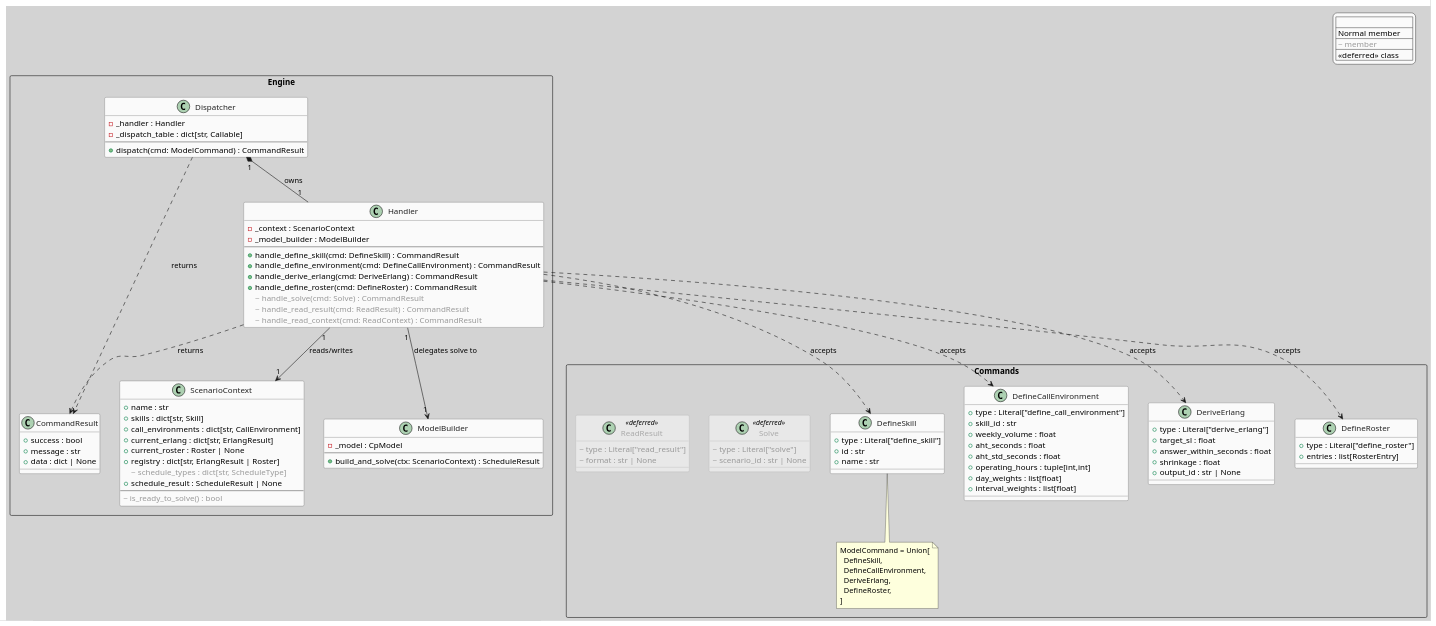
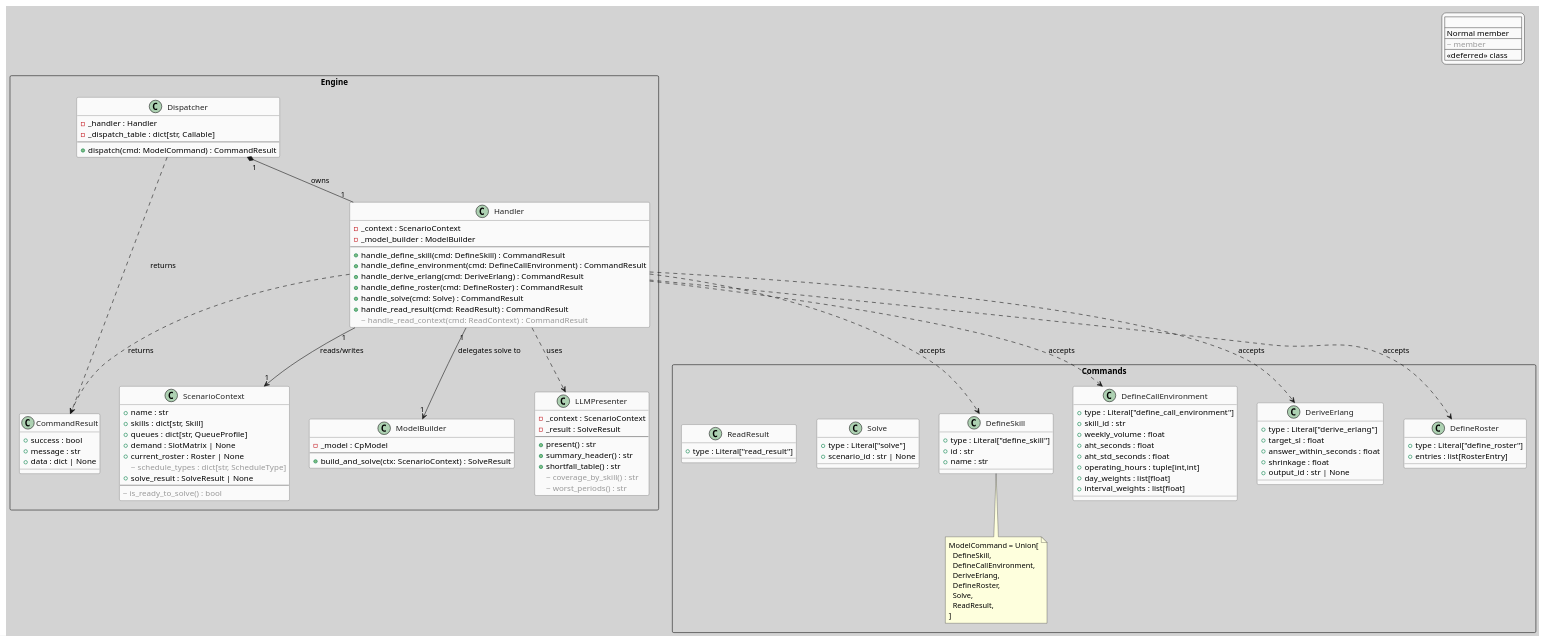
Before and after one commit to neon-tetra/schedule-architect: the diagram in docs/uml/engine_classes.puml, drawn with PlantUML. The commit also changed 3 other files, not shown here.

Commit message:
docs: align UML diagrams with new SolveResult domain model

```diff
--- a/docs/uml/engine_classes.puml
+++ b/docs/uml/engine_classes.puml
@@ -1,149 +1,161 @@
 @startuml engine_classes
 
 skinparam backgroundColor #D3D3D3
 skinparam defaultFontName Segoe UI
 
 skinparam class {
     BackgroundColor #FAFAFA
     BorderColor #555555
     FontColor #222222
     BackgroundColor<<deferred>> #E8E8E8
     BorderColor<<deferred>> #AAAAAA
     FontColor<<deferred>> #AAAAAA
     BorderStyle<<deferred>> dashed
 }
 
 skinparam legend {
     BackgroundColor #FAFAFA
     BorderColor #555555
 }
 
 legend top right
   <#FAFAFA,#555555>|                         |
   | Normal member      | Implemented          |
   | <color:#999999>~ member</color>  | Deferred / future    |
   | <<deferred>> class | Placeholder only     |
 endlegend
 
 ' ─────────────────────────────────────────
 ' PACKAGE: Commands
 ' ─────────────────────────────────────────
 package "Commands" <<Rectangle>> {
 
     class DefineSkill {
         + type : Literal["define_skill"]
         + id : str
         + name : str
     }
 
     class DefineCallEnvironment {
         + type : Literal["define_call_environment"]
         + skill_id : str
         + weekly_volume : float
         + aht_seconds : float
         + aht_std_seconds : float
         + operating_hours : tuple[int,int]
         + day_weights : list[float]
         + interval_weights : list[float]
     }
 
     class DeriveErlang {
         + type : Literal["derive_erlang"]
         + target_sl : float
         + answer_within_seconds : float
         + shrinkage : float
         + output_id : str | None
     }
 
     class DefineRoster {
         + type : Literal["define_roster"]
         + entries : list[RosterEntry]
     }
 
-    class Solve <<deferred>> {
-        <color:#999999>~ type : Literal["solve"]</color>
-        <color:#999999>~ scenario_id : str | None</color>
+    class Solve {
+        + type : Literal["solve"]
+        + scenario_id : str | None
     }
 
-    class ReadResult <<deferred>> {
-        <color:#999999>~ type : Literal["read_result"]</color>
-        <color:#999999>~ format : str | None</color>
+    class ReadResult {
+        + type : Literal["read_result"]
     }
 
     note bottom of DefineSkill
         ModelCommand = Union[
           DefineSkill,
           DefineCallEnvironment,
           DeriveErlang,
           DefineRoster,
+          Solve,
+          ReadResult,
         ]
     end note
 
 }
 
 ' ─────────────────────────────────────────
 ' PACKAGE: Engine
 ' ─────────────────────────────────────────
 package "Engine" <<Rectangle>> {
 
     class CommandResult {
         + success : bool
         + message : str
         + data : dict | None
     }
 
     class ScenarioContext {
         + name : str
         + skills : dict[str, Skill]
-        + call_environments : dict[str, CallEnvironment]
-        + current_erlang : dict[str, ErlangResult]
+        + queues : dict[str, QueueProfile]
+        + demand : SlotMatrix | None
         + current_roster : Roster | None
-        + registry : dict[str, ErlangResult | Roster]
         <color:#999999>~ schedule_types : dict[str, ScheduleType]</color>
-        + schedule_result : ScheduleResult | None
+        + solve_result : SolveResult | None
         --
         <color:#999999>~ is_ready_to_solve() : bool</color>
     }
 
     class Dispatcher {
         - _handler : Handler
         - _dispatch_table : dict[str, Callable]
         --
         + dispatch(cmd: ModelCommand) : CommandResult
     }
 
     class Handler {
         - _context : ScenarioContext
         - _model_builder : ModelBuilder
         --
         + handle_define_skill(cmd: DefineSkill) : CommandResult
         + handle_define_environment(cmd: DefineCallEnvironment) : CommandResult
         + handle_derive_erlang(cmd: DeriveErlang) : CommandResult
         + handle_define_roster(cmd: DefineRoster) : CommandResult
-        <color:#999999>~ handle_solve(cmd: Solve) : CommandResult</color>
-        <color:#999999>~ handle_read_result(cmd: ReadResult) : CommandResult</color>
+        + handle_solve(cmd: Solve) : CommandResult
+        + handle_read_result(cmd: ReadResult) : CommandResult
         <color:#999999>~ handle_read_context(cmd: ReadContext) : CommandResult</color>
     }
 
 	class ModelBuilder {
 		- _model : CpModel
 		--
-		+ build_and_solve(ctx: ScenarioContext) : ScheduleResult
+		+ build_and_solve(ctx: ScenarioContext) : SolveResult
 	}
+
+    class LLMPresenter {
+        - _context : ScenarioContext
+        - _result : SolveResult
+        --
+        + present() : str
+        + summary_header() : str
+        + shortfall_table() : str
+        <color:#999999>~ coverage_by_skill() : str</color>
+        <color:#999999>~ worst_periods() : str</color>
+    }
 
 }
 
 ' ─────────────────────────────────────────
 ' RELATIONSHIPS
 ' ─────────────────────────────────────────
 Dispatcher "1" *-- "1" Handler : owns
 Handler "1" --> "1" ScenarioContext : reads/writes
 Handler "1" --> "1" ModelBuilder : delegates solve to
 Dispatcher ..> CommandResult : returns
 Handler ..> CommandResult : returns
 Handler ..> DefineSkill : accepts
 Handler ..> DefineCallEnvironment : accepts
 Handler ..> DeriveErlang : accepts
 Handler ..> DefineRoster : accepts
+Handler ..> LLMPresenter : uses
 
 @enduml
```
